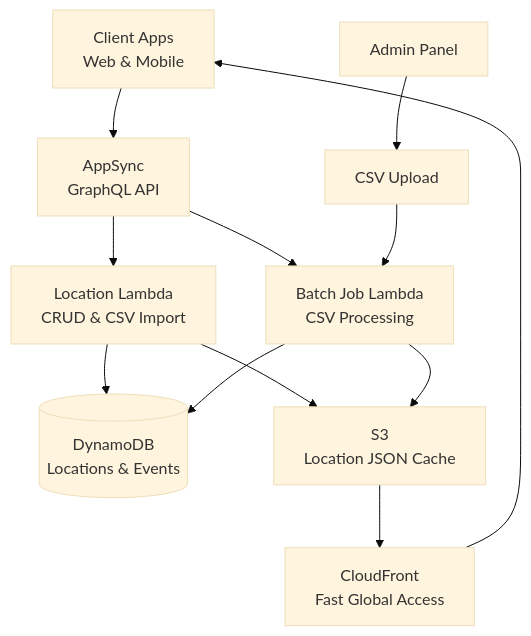
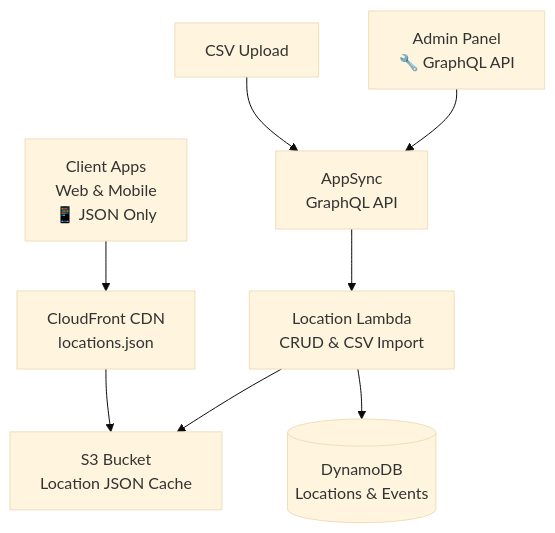
The first of 3 diagrams in location.md (makoye224/nestDocs), drawn with Mermaid (base theme) before and after one commit. The commit also changed other lines of this file, not shown here.

````diff
--- a/location.md
+++ b/location.md
@@ -8,18 +8,13 @@
 ```mermaid
 graph TB
-    CLIENT[Client Apps<br/>Web & Mobile] --> APPSYNC[AppSync<br/>GraphQL API]
+    CLIENT[Client Apps<br/>Web & Mobile<br/>📱 JSON Only] --> CDN[CloudFront CDN<br/>locations.json]
+    CDN --> S3[S3 Bucket<br/>Location JSON Cache]
+    
+    ADMIN[Admin Panel<br/>🔧 GraphQL API] --> APPSYNC[AppSync<br/>GraphQL API]
     APPSYNC --> LOCATION_LAMBDA[Location Lambda<br/>CRUD & CSV Import]
-    APPSYNC --> BATCH_LAMBDA[Batch Job Lambda<br/>CSV Processing]
     
     LOCATION_LAMBDA --> DB[(DynamoDB<br/>Locations & Events)]
-    BATCH_LAMBDA --> DB
+    LOCATION_LAMBDA --> S3
     
-    LOCATION_LAMBDA --> S3[S3<br/>Location JSON Cache]
-    BATCH_LAMBDA --> S3
-    
-    S3 --> CDN[CloudFront<br/>Fast Global Access]
-    CDN --> CLIENT
-    
-    ADMIN[Admin Panel] --> CSV_UPLOAD[CSV Upload]
-    CSV_UPLOAD --> BATCH_LAMBDA
+    CSV_UPLOAD[CSV Upload] --> APPSYNC
 ```
````
